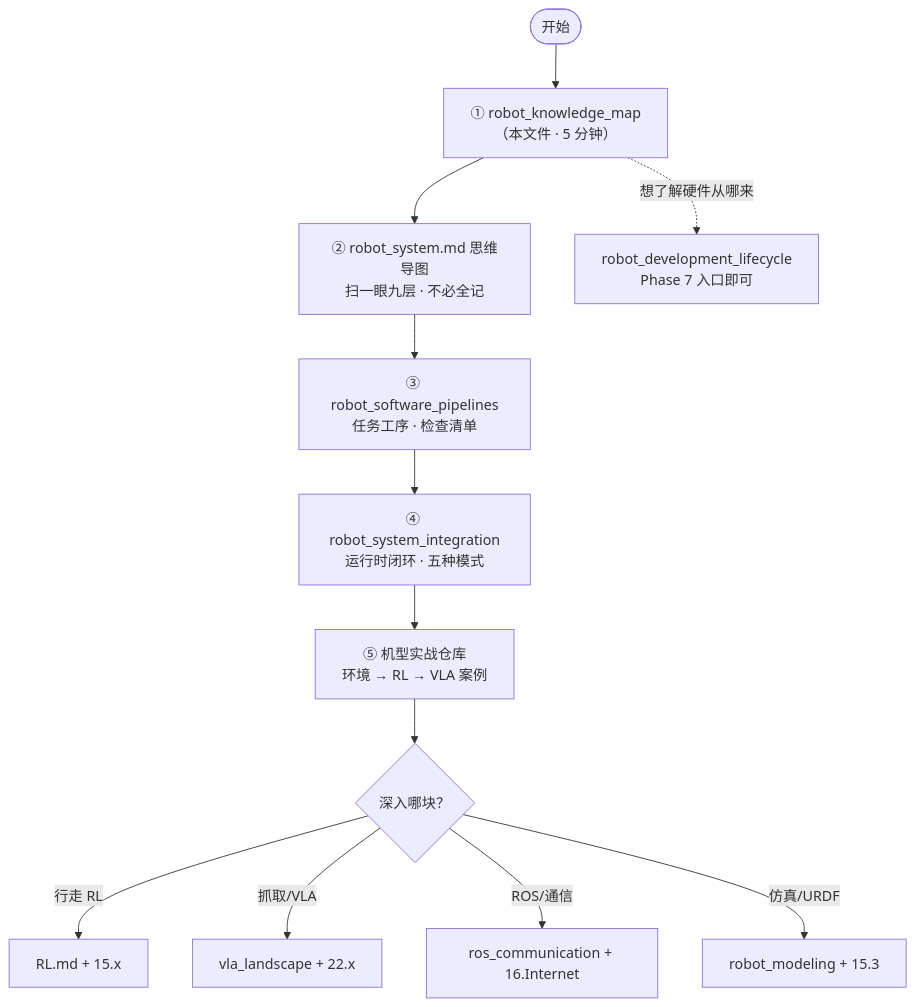
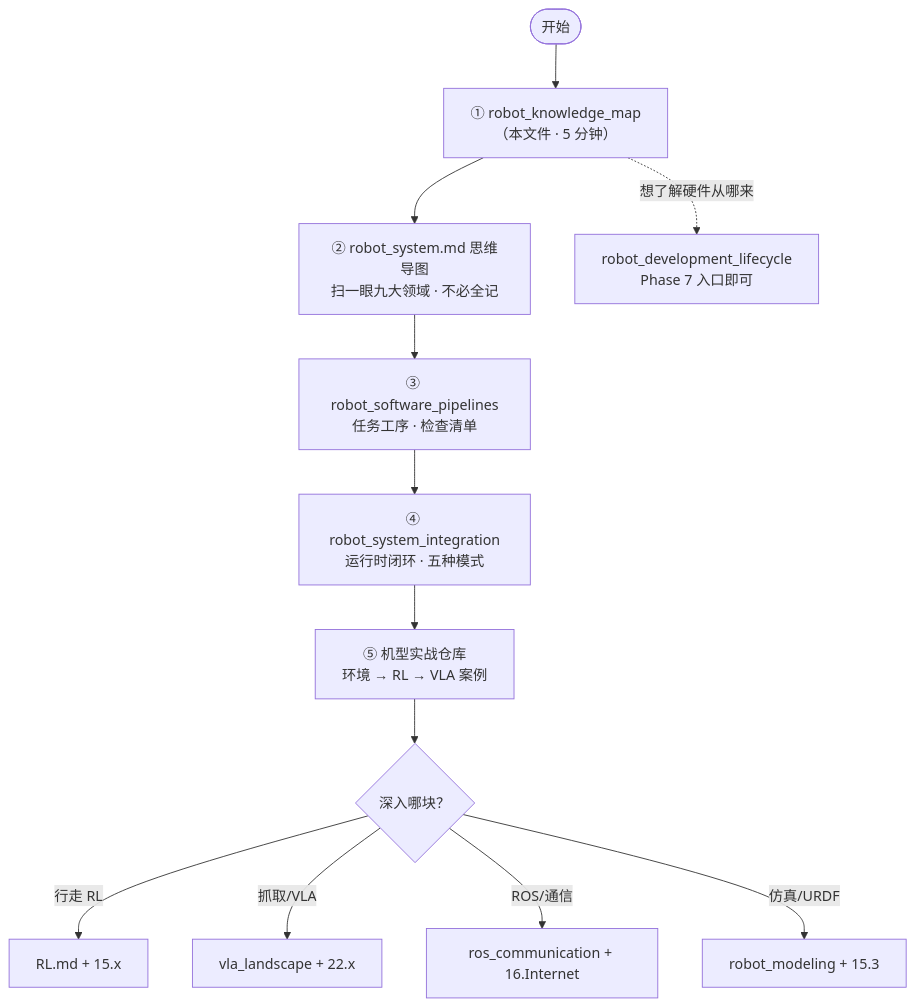
The second of 3 diagrams in robot_knowledge_map.md (651yyds3939/robotics-notes), drawn with Mermaid before and after one commit. The commit also changed other lines of this file and 38 other files, not shown here.

````diff
--- a/robot_knowledge_map.md
+++ b/robot_knowledge_map.md
@@ -59,14 +61,14 @@
 ```mermaid
 flowchart TB
     START(["开始"]) --> M1["① robot_knowledge_map<br/>（本文件 · 5 分钟）"]
-    M1 --> M2["② robot_system.md 思维导图<br/>扫一眼九层 · 不必全记"]
+    M1 --> M2["② robot_system.md 思维导图<br/>扫一眼九大领域 · 不必全记"]
     M2 --> M3["③ robot_software_pipelines<br/>任务工序 · 检查清单"]
     M3 --> M4["④ robot_system_integration<br/>运行时闭环 · 五种模式"]
     M4 --> M5["⑤ 机型实战仓库<br/>环境 → RL → VLA 案例"]
     M5 --> DEEP{"深入哪块？"}
     DEEP -->|行走 RL| R1["RL.md + 15.x"]
     DEEP -->|抓取/VLA| R2["vla_landscape + 22.x"]
     DEEP -->|ROS/通信| R3["ros_communication + 16.Internet"]
     DEEP -->|仿真/URDF| R4["robot_modeling + 15.3"]
     M1 -.->|想了解硬件从哪来| L1["robot_development_lifecycle<br/>Phase 7 入口即可"]
 ```
````
